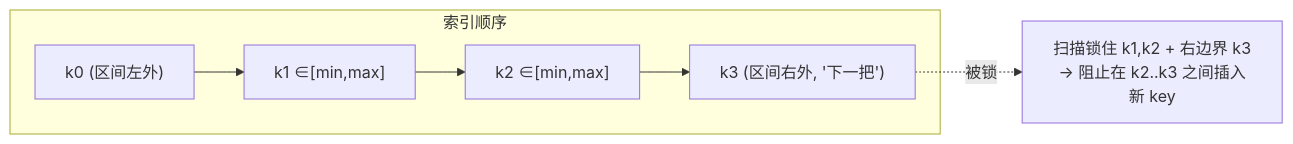
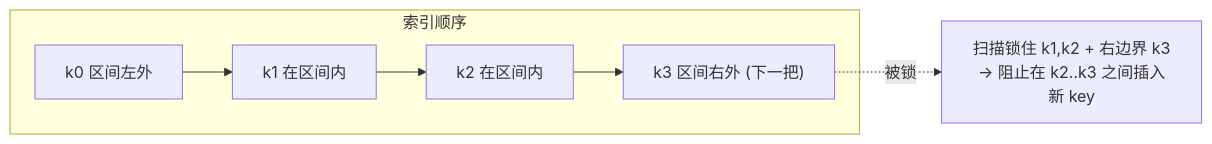
Before and after one commit to solutive-player/tigon: the tenth of 17 diagrams in architecture.md, drawn with Mermaid. The commit also changed other lines of this file, not shown here.

First line of the commit message:
docs: fix mermaid rendering on GitHub

````diff
--- a/architecture.md
+++ b/architecture.md
@@ -536,8 +536,8 @@
 ```mermaid
 flowchart LR
     subgraph 索引顺序
-        k0["k0 (区间左外)"] --> k1["k1 ∈[min,max]"] --> k2["k2 ∈[min,max]"] --> k3["k3 (区间右外, '下一把')"]
+        k0["k0 区间左外"] --> k1["k1 在区间内"] --> k2["k2 在区间内"] --> k3["k3 区间右外 (下一把)"]
     end
     note1["扫描锁住 k1,k2 + 右边界 k3<br/>→ 阻止在 k2..k3 之间插入新 key"]
     k3 -.被锁.-> note1
 ```
````
